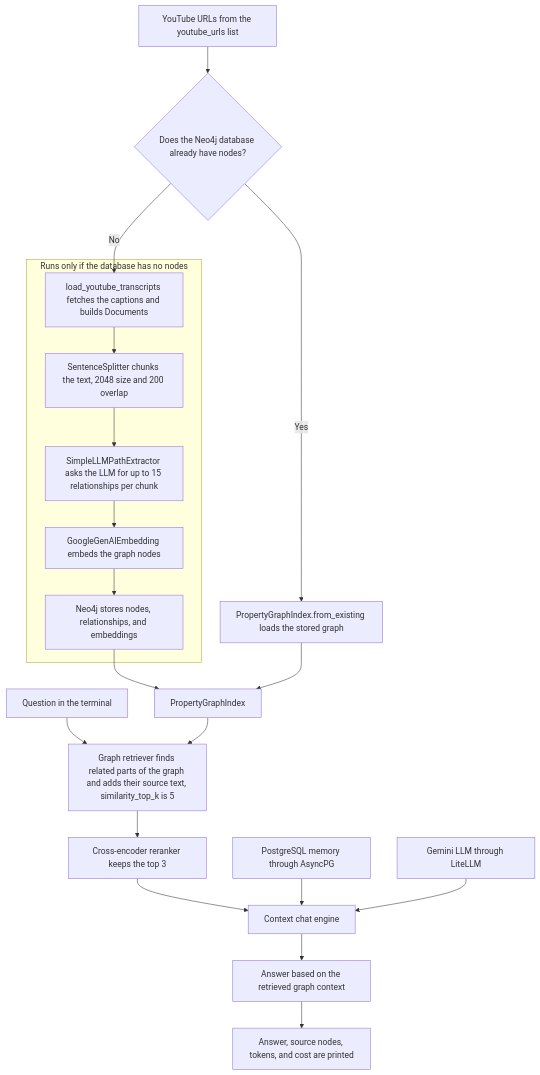
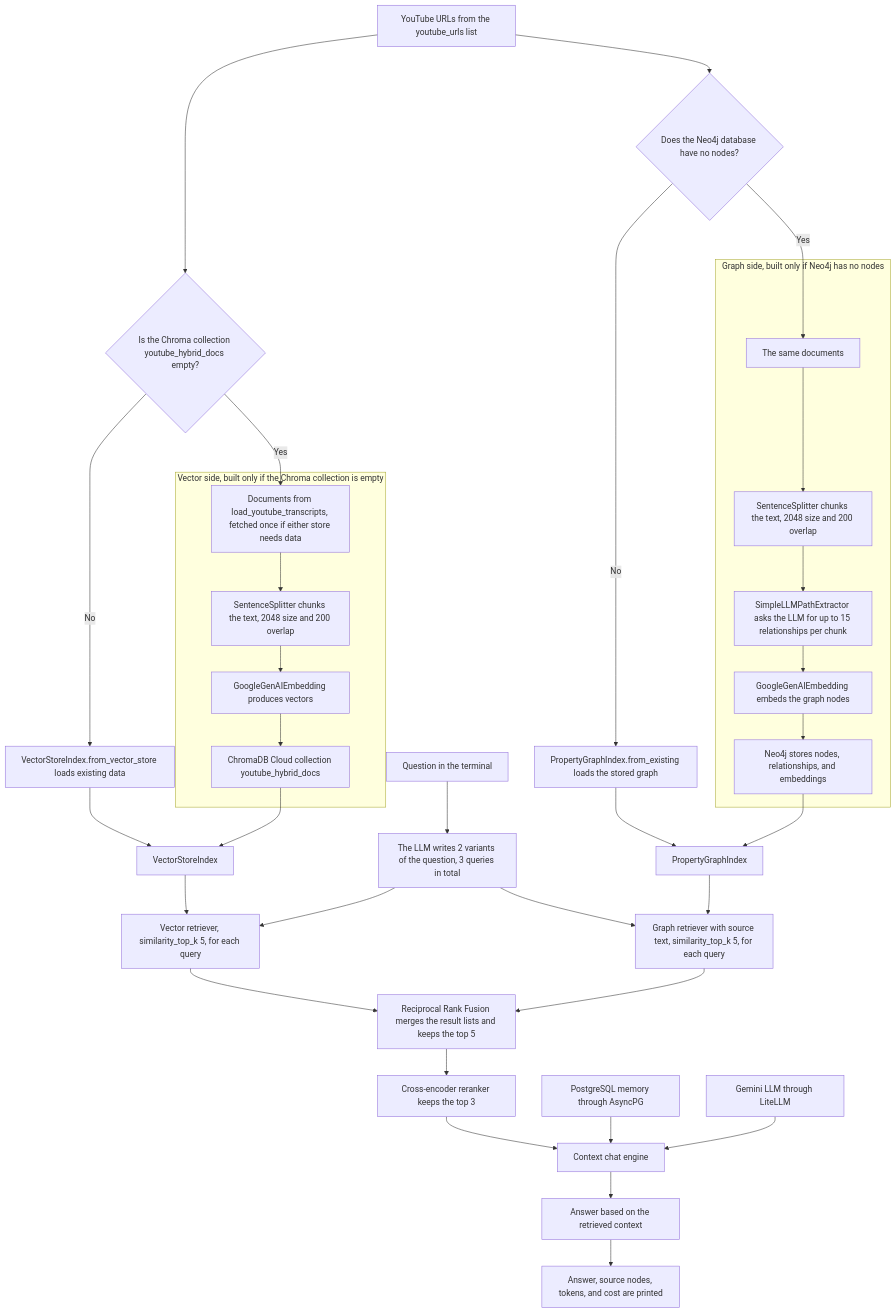
The diagram in README.md (viochris/youtube-graph-rag-llamaindex), drawn with Mermaid before and after one commit. The commit also changed other lines of this file, not shown here.

````diff
--- a/README.md
+++ b/README.md
@@ -251,26 +274,43 @@
 ```mermaid
 flowchart TD
-    A["YouTube URLs from the youtube_urls list"] --> B{"Does the Neo4j database already have nodes?"}
+    A["YouTube URLs from the youtube_urls list"] --> B{"Is the Chroma collection youtube_hybrid_docs empty?"}
+    A --> M{"Does the Neo4j database have no nodes?"}
 
-    B -- "No" --> C
-    B -- "Yes" --> H["PropertyGraphIndex.from_existing loads the stored graph"]
+    B -- "No" --> H["VectorStoreIndex.from_vector_store loads existing data"]
+    M -- "No" --> H2["PropertyGraphIndex.from_existing loads the stored graph"]
 
-    subgraph Ingestion ["Runs only if the database has no nodes"]
-        C["load_youtube_transcripts fetches the captions and builds Documents"] --> D["SentenceSplitter chunks the text, 2048 size and 200 overlap"]
-        D --> E["SimpleLLMPathExtractor asks the LLM for up to 15 relationships per chunk"]
-        E --> E2["GoogleGenAIEmbedding embeds the graph nodes"]
-        E2 --> F["Neo4j stores nodes, relationships, and embeddings"]
+    subgraph VectorBuild ["Vector side, built only if the Chroma collection is empty"]
+        C["Documents from load_youtube_transcripts, fetched once if either store needs data"] --> D["SentenceSplitter chunks the text, 2048 size and 200 overlap"]
+        D --> E["GoogleGenAIEmbedding produces vectors"]
+        E --> F["ChromaDB Cloud collection youtube_hybrid_docs"]
     end
 
-    F --> G["PropertyGraphIndex"]
+    subgraph GraphBuild ["Graph side, built only if Neo4j has no nodes"]
+        C2["The same documents"] --> D2["SentenceSplitter chunks the text, 2048 size and 200 overlap"]
+        D2 --> E2["SimpleLLMPathExtractor asks the LLM for up to 15 relationships per chunk"]
+        E2 --> E3["GoogleGenAIEmbedding embeds the graph nodes"]
+        E3 --> F2["Neo4j stores nodes, relationships, and embeddings"]
+    end
+
+    B -- "Yes" --> C
+    M -- "Yes" --> C2
+
+    F --> G["VectorStoreIndex"]
     H --> G
+    F2 --> G2["PropertyGraphIndex"]
+    H2 --> G2
 
-    Q["Question in the terminal"] --> I["Graph retriever finds related parts of the graph and adds their source text, similarity_top_k is 5"]
-    G --> I
-    I --> J["Cross-encoder reranker keeps the top 3"]
+    Q["Question in the terminal"] --> V["The LLM writes 2 variants of the question, 3 queries in total"]
+    V --> R1["Vector retriever, similarity_top_k 5, for each query"]
+    V --> R2["Graph retriever with source text, similarity_top_k 5, for each query"]
+    G --> R1
+    G2 --> R2
+    R1 --> RRF["Reciprocal Rank Fusion merges the result lists and keeps the top 5"]
+    R2 --> RRF
+    RRF --> J["Cross-encoder reranker keeps the top 3"]
     J --> K["Context chat engine"]
     L["PostgreSQL memory through AsyncPG"] --> K
-    M["Gemini LLM through LiteLLM"] --> K
-    K --> N["Answer based on the retrieved graph context"]
+    P["Gemini LLM through LiteLLM"] --> K
+    K --> N["Answer based on the retrieved context"]
     N --> O["Answer, source nodes, tokens, and cost are printed"]
 ```
````
